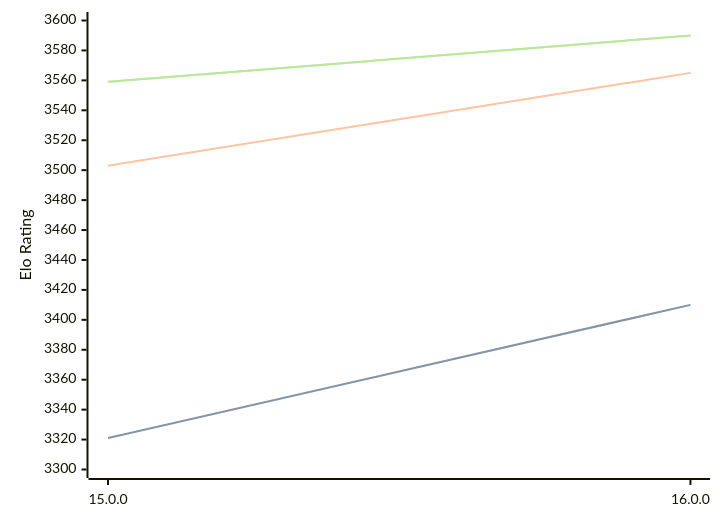
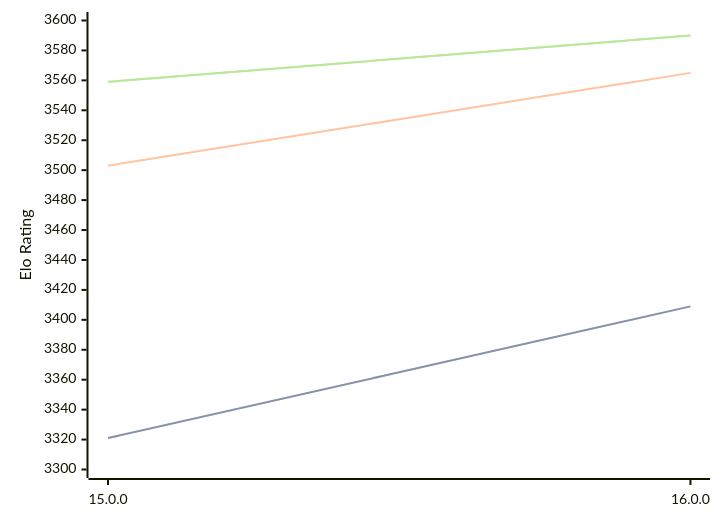
The diagram in engines/Halogen.md (computer-chess-index/cci), drawn with Mermaid before and after one commit. The commit also changed other lines of this file, not shown here.

Commit message:
Update CCI Ratings (ELO VLTC) - 2026-02-14

````diff
--- a/engines/Halogen.md
+++ b/engines/Halogen.md
@@ -47,11 +47,11 @@
 ```mermaid
 %%{init: {"theme":"base","themeVariables":{"seriesColors:['#a3a3a3','#222221','#faa371']}}}%%
 xychart-beta
   x-axis ["15.0.0", "16.0.0"]
   y-axis "Elo Rating" 3300 --> 3600
-  line "STC (8.0+0.08s)" [3321, 3410]
-  line "STC (8.0+0.08s)" [3321, 3410]
+  line "STC (8.0+0.08s)" [3321, 3409]
+  line "STC (8.0+0.08s)" [3321, 3409]
   line "LTC (60.0+0.60s)" [3503, 3565]
   line "VLTC (2m24s+1.12s)" [3559, 3590]
   line "VLTC (2m24s+1.12s)" [3559, 3590]
 ```
````
